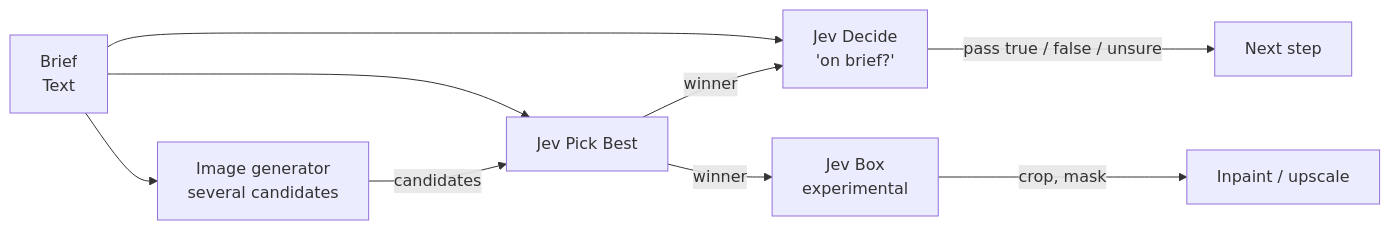
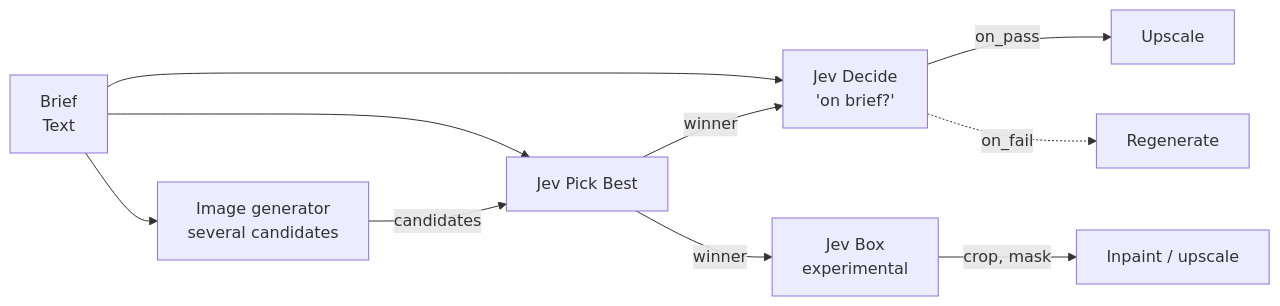
Before and after one commit to JustinPerea/nebula-nodes: the diagram in docs/api-guides/typesafe.md, drawn with Mermaid. The commit also changed other lines of this file and 6 other files, not shown here.

````diff
--- a/docs/api-guides/typesafe.md
+++ b/docs/api-guides/typesafe.md
@@ -3,11 +3,12 @@
 ```mermaid
 flowchart LR
   B[Brief<br/>Text] --> G[Image generator<br/>several candidates]
   G -->|candidates| PB[Jev Pick Best]
   B --> PB
   PB -->|winner| D[Jev Decide<br/>'on brief?']
   B --> D
-  D -->|pass true / false / unsure| N[Next step]
+  D -->|on_pass| UP[Upscale]
+  D -.->|on_fail| RE[Regenerate]
   PB -->|winner| BX[Jev Box<br/>experimental]
   BX -->|crop, mask| E[Inpaint / upscale]
 ```
````
